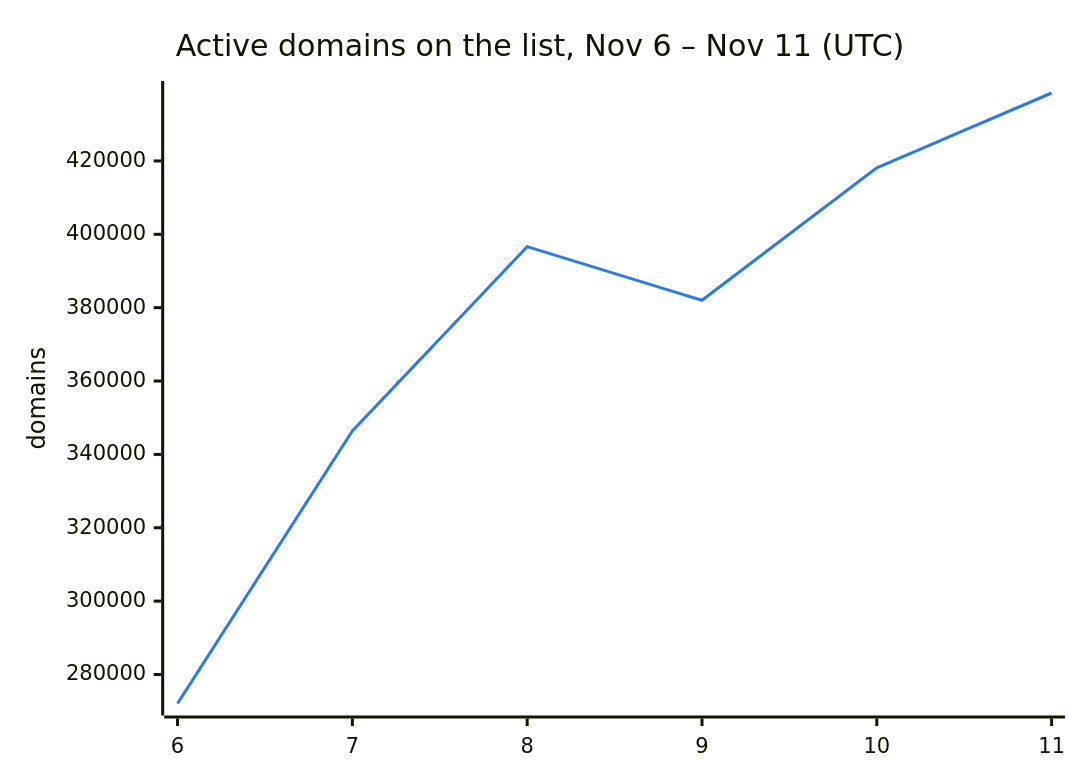
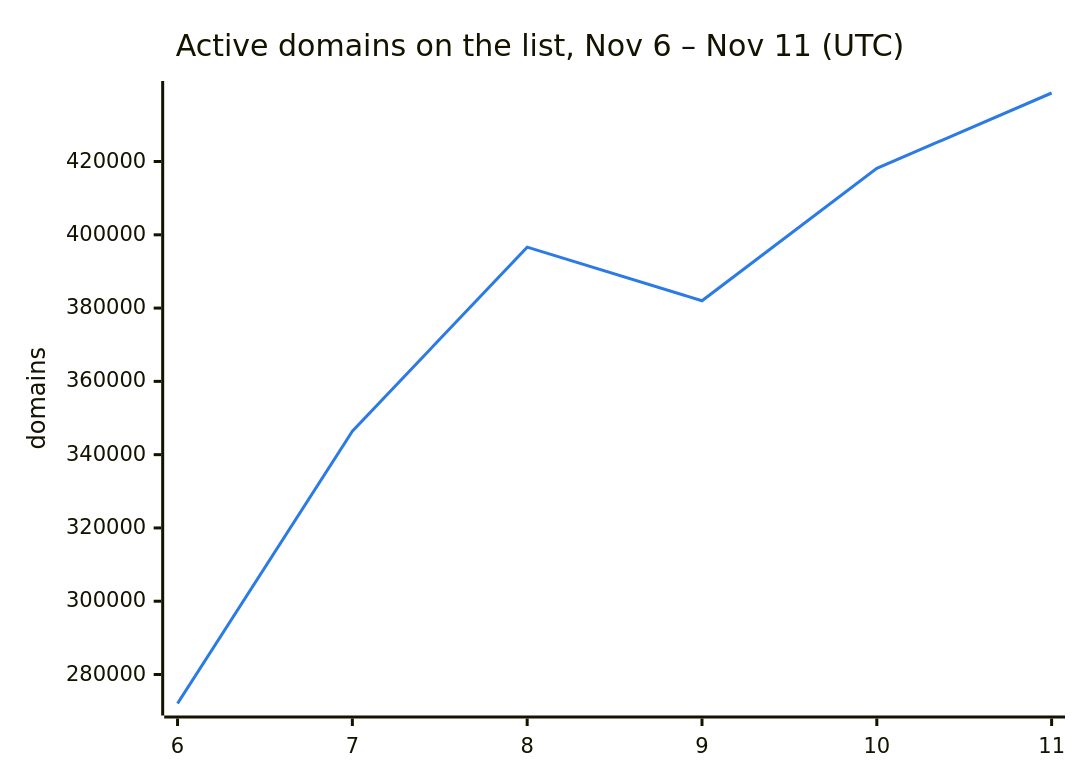
One commit to DNSBunker/CTI changed the second of 3 diagrams in README.md. Above: the diagram before and after it, drawn with Mermaid. The commit also changed other lines of this file and 3 other files, not shown here.

````diff
--- a/README.md
+++ b/README.md
@@ -38,8 +38,8 @@
 ```mermaid
 %%{init: {"themeVariables": {"xyChart": {"plotColorPalette": "#2c7be5"}}}}%%
 xychart-beta
     title "Active domains on the list, Nov 6 – Nov 11 (UTC)"
     x-axis ["6", "7", "8", "9", "10", "11"]
     y-axis "domains"
-    line [272088, 346388, 396638, 382009, 418143, 438526]
+    line [272088, 346388, 396638, 382009, 418143, 438700]
 ```
````
